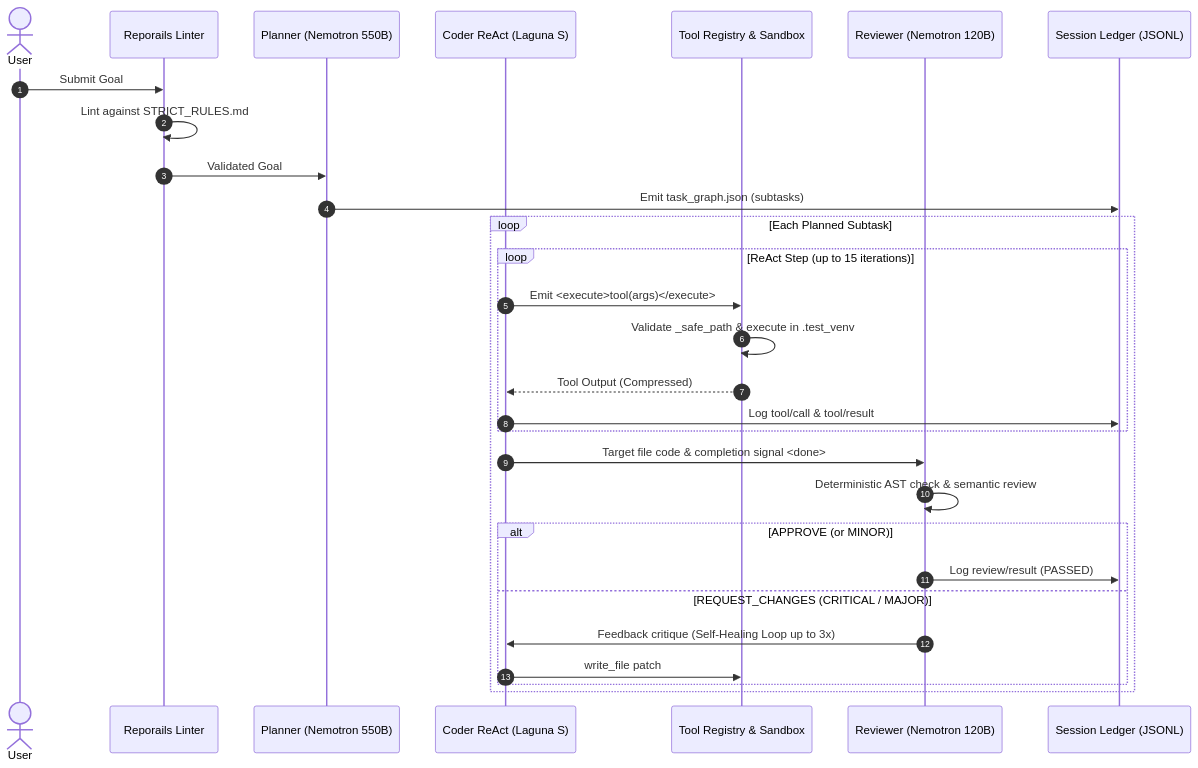
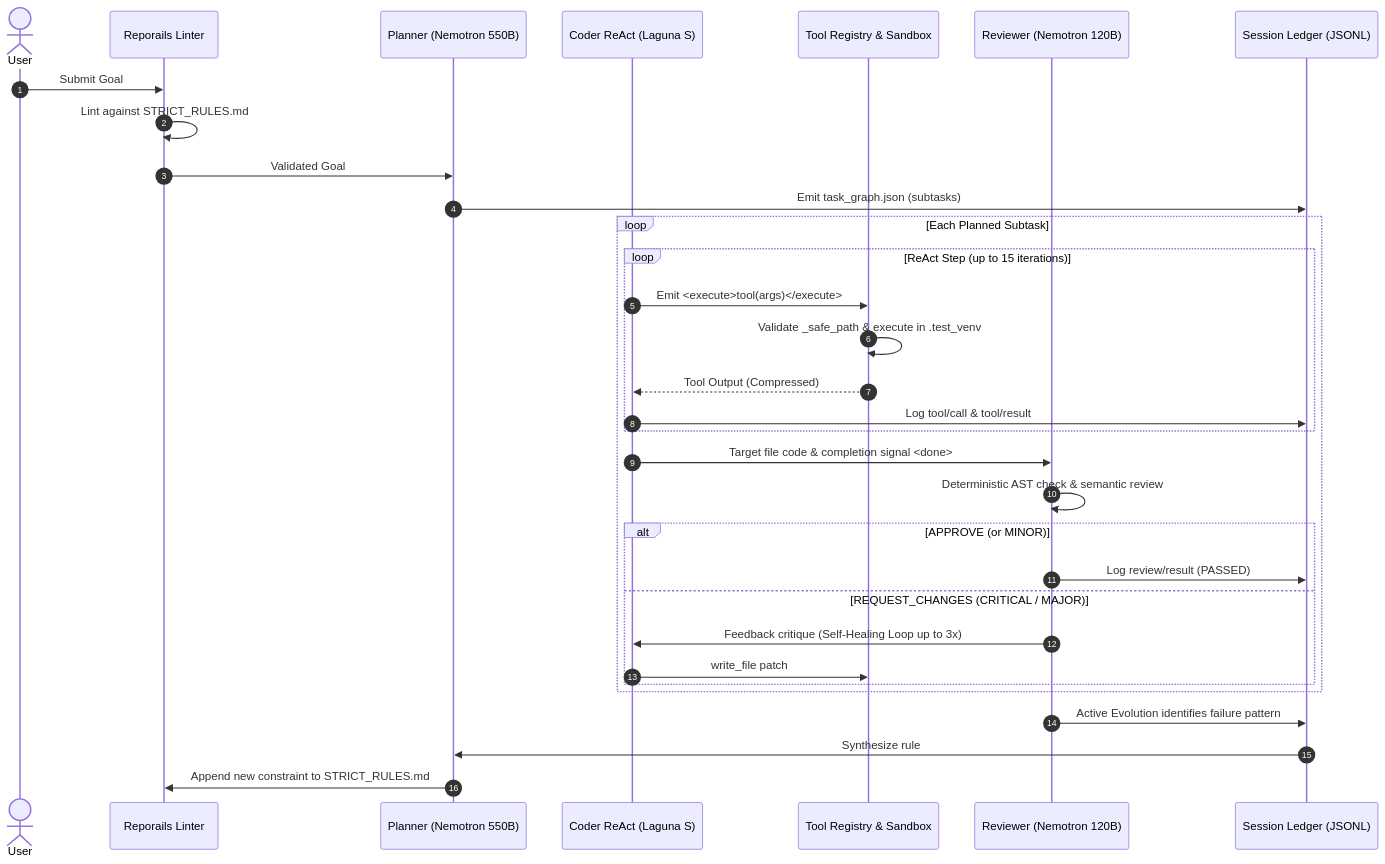
The diagram in README.md (adarrshpaul/skillopt-engine), drawn with Mermaid before and after one commit. The commit also changed other lines of this file and 3 other files, not shown here.

Commit message:
feat: Active Instruction Evolution Engine and README enhancements

````diff
--- a/README.md
+++ b/README.md
@@ -52,32 +65,35 @@
 ```mermaid
 sequenceDiagram
     autonumber
     actor User
     participant Gov as Reporails Linter
     participant Planner as Planner (Nemotron 550B)
     participant Coder as Coder ReAct (Laguna S)
     participant Tools as Tool Registry & Sandbox
     participant Reviewer as Reviewer (Nemotron 120B)
     participant Ledger as Session Ledger (JSONL)
 
     User->>Gov: Submit Goal
     Gov->>Gov: Lint against STRICT_RULES.md
     Gov->>Planner: Validated Goal
     Planner->>Ledger: Emit task_graph.json (subtasks)
     loop Each Planned Subtask
         loop ReAct Step (up to 15 iterations)
             Coder->>Tools: Emit <execute>tool(args)</execute>
             Tools->>Tools: Validate _safe_path & execute in .test_venv
             Tools-->>Coder: Tool Output (Compressed)
             Coder->>Ledger: Log tool/call & tool/result
         end
         Coder->>Reviewer: Target file code & completion signal <done>
         Reviewer->>Reviewer: Deterministic AST check & semantic review
         alt APPROVE (or MINOR)
             Reviewer->>Ledger: Log review/result (PASSED)
         else REQUEST_CHANGES (CRITICAL / MAJOR)
             Reviewer->>Coder: Feedback critique (Self-Healing Loop up to 3x)
             Coder->>Tools: write_file patch
         end
     end
+    Reviewer->>Ledger: Active Evolution identifies failure pattern
+    Ledger->>Planner: Synthesize rule
+    Planner->>Gov: Append new constraint to STRICT_RULES.md
 ```
````
